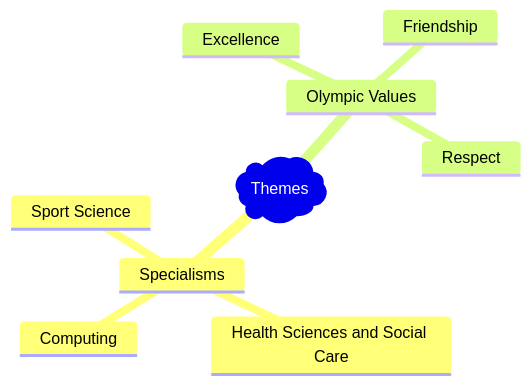
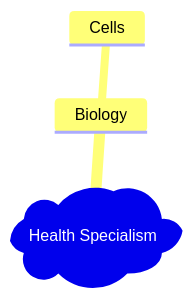
Before and after one commit to UTCSheffield/makerclub: the diagram in content/Hydra/Session 3 - Start your art.md, drawn with Mermaid. The commit also changed 4 other files, not shown here.

````diff
--- a/content/Hydra/Session 3 - Start your art.md
+++ b/content/Hydra/Session 3 - Start your art.md
@@ -8,12 +8,6 @@
 ```mermaid
 mindmap
-	root)Themes(
-		Specialisms 
-			Computing
-			Health Sciences and Social Care
-			Sport Science
-		Olympic Values
-			Excellence
-			Friendship
-			Respect
+	root)Health Specialism(
+		Biology
+			Cells 
 ```
````
